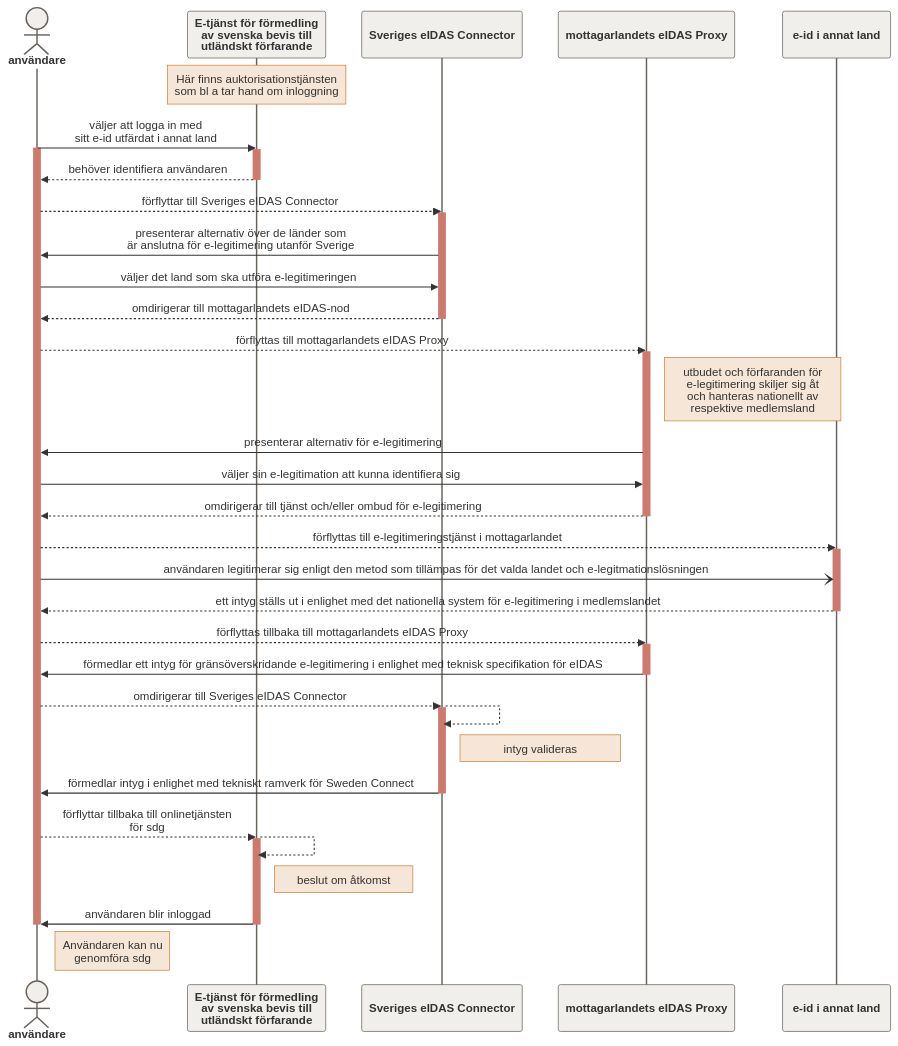
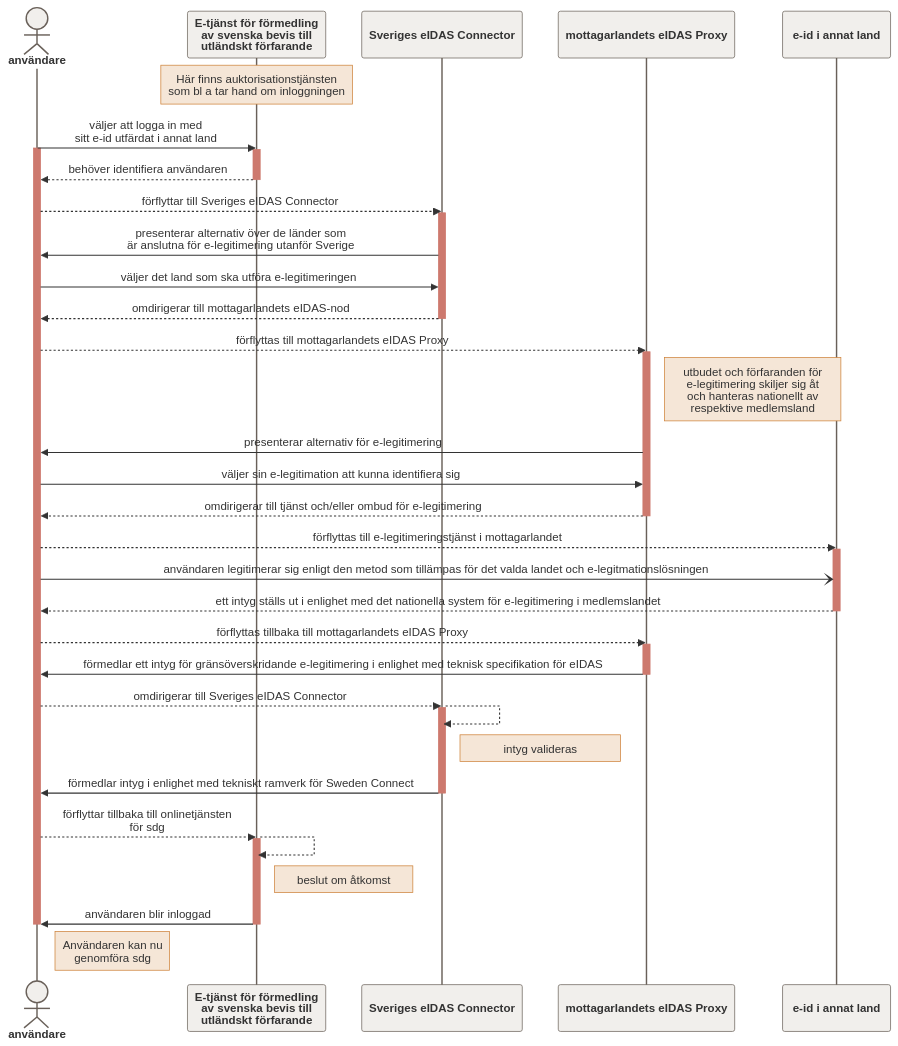
Before and after one commit to araskazemi/greenhouse: the diagram in login_oots.md, drawn with Mermaid.

````diff
--- a/login_oots.md
+++ b/login_oots.md
@@ -1,53 +1,53 @@
 ```mermaid
 
 %%{init: {'sequence': { 'mirrorActors': true, 'rightAngles': true, 'messageAlign': 'center', 'actorFontWeight': 900, 'actorFontSize': 18, 'noteFontWeight': 100, 'noteFontSize': 12}}}%%
 %%{init: {'theme': 'base', 'themeVariables': {'labelBoxBkgColor': '#F5F5F4', 'labelBoxBorderColor': '#998980', 'actorBorder': '#696059', 'actorBkg': '#F1EFEC', 'activationBorderColor': '#CD796E', 'activationBkgColor': '#CD796E', 'noteBkgColor': '#F5E6D7', 'noteBorderColor': '#CE8036'}}}%%
 
 sequenceDiagram
   actor användare
   participant sdg as E-tjänst för förmedling<br />av svenska bevis till<br />utländskt förfarande
-  Note over sdg: Här finns auktorisationstjänsten<br />som bl a tar hand om inloggning
+  Note over sdg: Här finns auktorisationstjänsten<br />som bl a tar hand om inloggningen
   användare->>sdg: väljer att logga in med<br />sitt e-id utfärdat i annat land
   activate användare
   activate sdg
   sdg-->>användare: behöver identifiera användaren
   deactivate sdg  
   användare-->>Sveriges eIDAS Connector: förflyttar till Sveriges eIDAS Connector
   activate Sveriges eIDAS Connector
   Sveriges eIDAS Connector->>användare: presenterar alternativ över de länder som<br />är anslutna för e-legitimering utanför Sverige
   användare->>Sveriges eIDAS Connector: väljer det land som ska utföra e-legitimeringen
   Sveriges eIDAS Connector-->>användare: omdirigerar till mottagarlandets eIDAS-nod
   deactivate Sveriges eIDAS Connector
   användare-->>mottagarlandets eIDAS Proxy: förflyttas till mottagarlandets eIDAS Proxy
   activate mottagarlandets eIDAS Proxy
   Note right of mottagarlandets eIDAS Proxy: utbudet och förfaranden för<br />e-legitimering skiljer sig åt<br />och hanteras nationellt av<br />respektive medlemsland
   mottagarlandets eIDAS Proxy->>användare: presenterar alternativ för e-legitimering
   användare->>mottagarlandets eIDAS Proxy: väljer sin e-legitimation att kunna identifiera sig
   mottagarlandets eIDAS Proxy-->>användare: omdirigerar till tjänst och/eller ombud för e-legitimering
   deactivate mottagarlandets eIDAS Proxy
   användare-->>e-id i annat land: förflyttas till e-legitimeringstjänst i mottagarlandet
   activate e-id i annat land
   användare-)e-id i annat land: användaren legitimerar sig enligt den metod som tillämpas för det valda landet och e-legitmationslösningen 
   e-id i annat land-->>användare: ett intyg ställs ut i enlighet med det nationella system för e-legitimering i medlemslandet
   deactivate e-id i annat land
   användare-->>mottagarlandets eIDAS Proxy: förflyttas tillbaka till mottagarlandets eIDAS Proxy
   activate mottagarlandets eIDAS Proxy
   mottagarlandets eIDAS Proxy->>användare: förmedlar ett intyg för gränsöverskridande e-legitimering i enlighet med teknisk specifikation för eIDAS
   deactivate mottagarlandets eIDAS Proxy
   användare-->>Sveriges eIDAS Connector: omdirigerar till Sveriges eIDAS Connector
   activate Sveriges eIDAS Connector
   Sveriges eIDAS Connector-->>Sveriges eIDAS Connector: 
   Note right of Sveriges eIDAS Connector: intyg valideras
   Sveriges eIDAS Connector->>användare: förmedlar intyg i enlighet med tekniskt ramverk för Sweden Connect
   deactivate Sveriges eIDAS Connector
   användare-->>sdg: förflyttar tillbaka till onlinetjänsten<br />för sdg
   activate sdg
   sdg-->>sdg: 
   Note right of sdg: beslut om åtkomst
   sdg->>användare: användaren blir inloggad
   deactivate sdg
   deactivate användare
   Note right of användare:  Användaren kan nu<br />genomföra sdg
   
 
 ```
````
